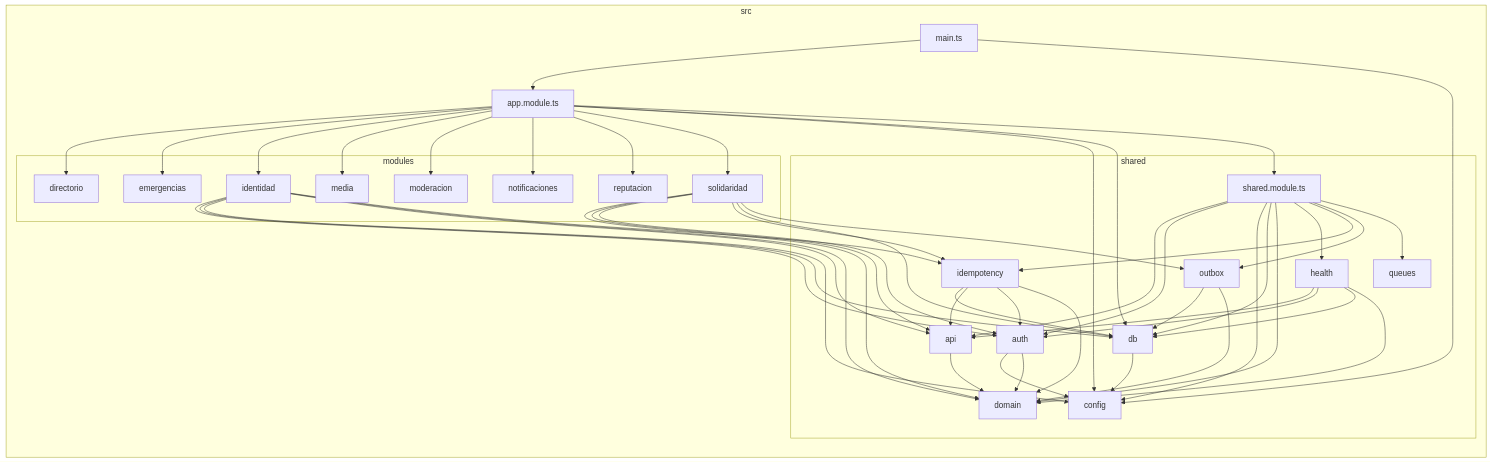
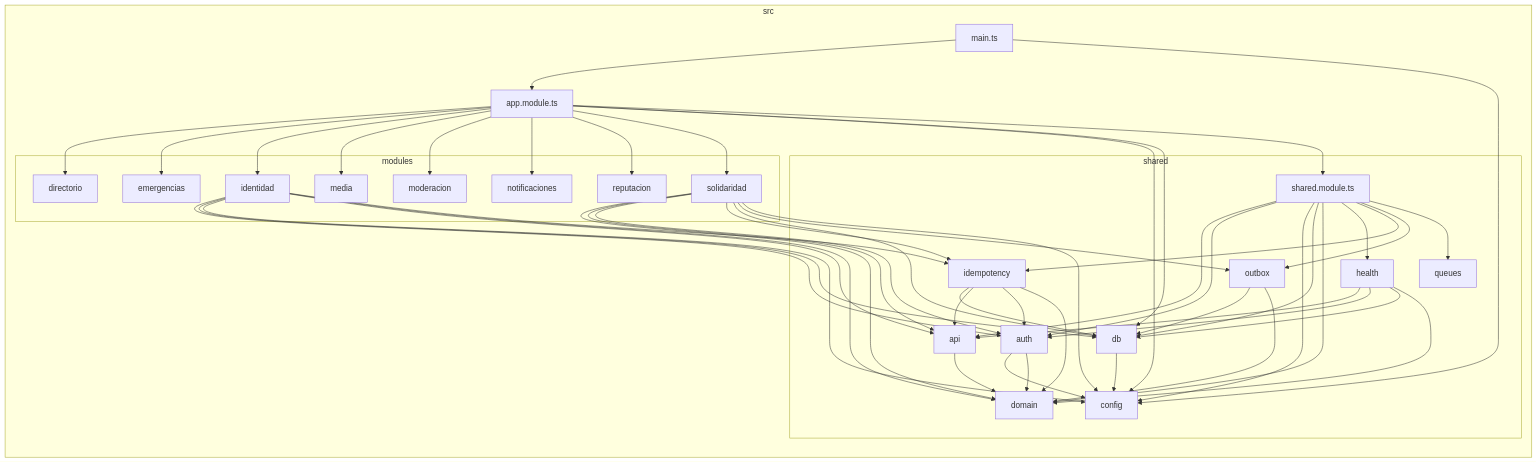
Before and after one commit to stefanods29/Hackathon-ElComercio-Shabat-Shalom: the diagram in docs/grafos/dependencias-backend.md, drawn with Mermaid. The commit also changed 24 other files, not shown here.

````diff
--- a/docs/grafos/dependencias-backend.md
+++ b/docs/grafos/dependencias-backend.md
@@ -7,78 +7,79 @@
 ```mermaid
 flowchart LR
 
 subgraph src["src"]
   src_app_module_ts["app.module.ts"]
   src_main_ts["main.ts"]
   subgraph src_modules["modules"]
     src_modules_directorio["directorio"]
     src_modules_emergencias["emergencias"]
     src_modules_identidad["identidad"]
     src_modules_media["media"]
     src_modules_moderacion["moderacion"]
     src_modules_notificaciones["notificaciones"]
     src_modules_reputacion["reputacion"]
     src_modules_solidaridad["solidaridad"]
   end
   subgraph src_shared["shared"]
     src_shared_api["api"]
     src_shared_auth["auth"]
     src_shared_config["config"]
     src_shared_db["db"]
     src_shared_domain["domain"]
     src_shared_health["health"]
     src_shared_idempotency["idempotency"]
     src_shared_outbox["outbox"]
     src_shared_queues["queues"]
     src_shared_shared_module_ts["shared.module.ts"]
   end
 end
 src_app_module_ts-->src_modules_directorio
 src_app_module_ts-->src_modules_emergencias
 src_app_module_ts-->src_modules_identidad
 src_app_module_ts-->src_modules_media
 src_app_module_ts-->src_modules_moderacion
 src_app_module_ts-->src_modules_notificaciones
 src_app_module_ts-->src_modules_reputacion
 src_app_module_ts-->src_modules_solidaridad
 src_app_module_ts-->src_shared_config
 src_app_module_ts-->src_shared_db
 src_app_module_ts-->src_shared_shared_module_ts
 src_main_ts-->src_app_module_ts
 src_main_ts-->src_shared_config
 src_modules_identidad-->src_shared_auth
 src_modules_identidad-->src_shared_db
 src_modules_identidad-->src_shared_config
 src_modules_identidad-->src_shared_api
 src_modules_identidad-->src_shared_domain
 src_modules_identidad-->src_shared_idempotency
 src_modules_solidaridad-->src_shared_domain
 src_modules_solidaridad-->src_shared_api
 src_modules_solidaridad-->src_shared_auth
 src_modules_solidaridad-->src_shared_idempotency
 src_modules_solidaridad-->src_shared_db
 src_modules_solidaridad-->src_shared_outbox
+src_modules_solidaridad-->src_shared_config
 src_shared_api-->src_shared_domain
 src_shared_auth-->src_shared_config
 src_shared_auth-->src_shared_domain
 src_shared_db-->src_shared_config
 src_shared_health-->src_shared_api
 src_shared_health-->src_shared_auth
 src_shared_health-->src_shared_db
 src_shared_health-->src_shared_domain
 src_shared_idempotency-->src_shared_db
 src_shared_idempotency-->src_shared_api
 src_shared_idempotency-->src_shared_auth
 src_shared_idempotency-->src_shared_domain
 src_shared_outbox-->src_shared_db
 src_shared_outbox-->src_shared_domain
 src_shared_shared_module_ts-->src_shared_api
 src_shared_shared_module_ts-->src_shared_auth
 src_shared_shared_module_ts-->src_shared_config
 src_shared_shared_module_ts-->src_shared_db
 src_shared_shared_module_ts-->src_shared_domain
 src_shared_shared_module_ts-->src_shared_health
 src_shared_shared_module_ts-->src_shared_idempotency
 src_shared_shared_module_ts-->src_shared_outbox
 src_shared_shared_module_ts-->src_shared_queues
 ```
````
